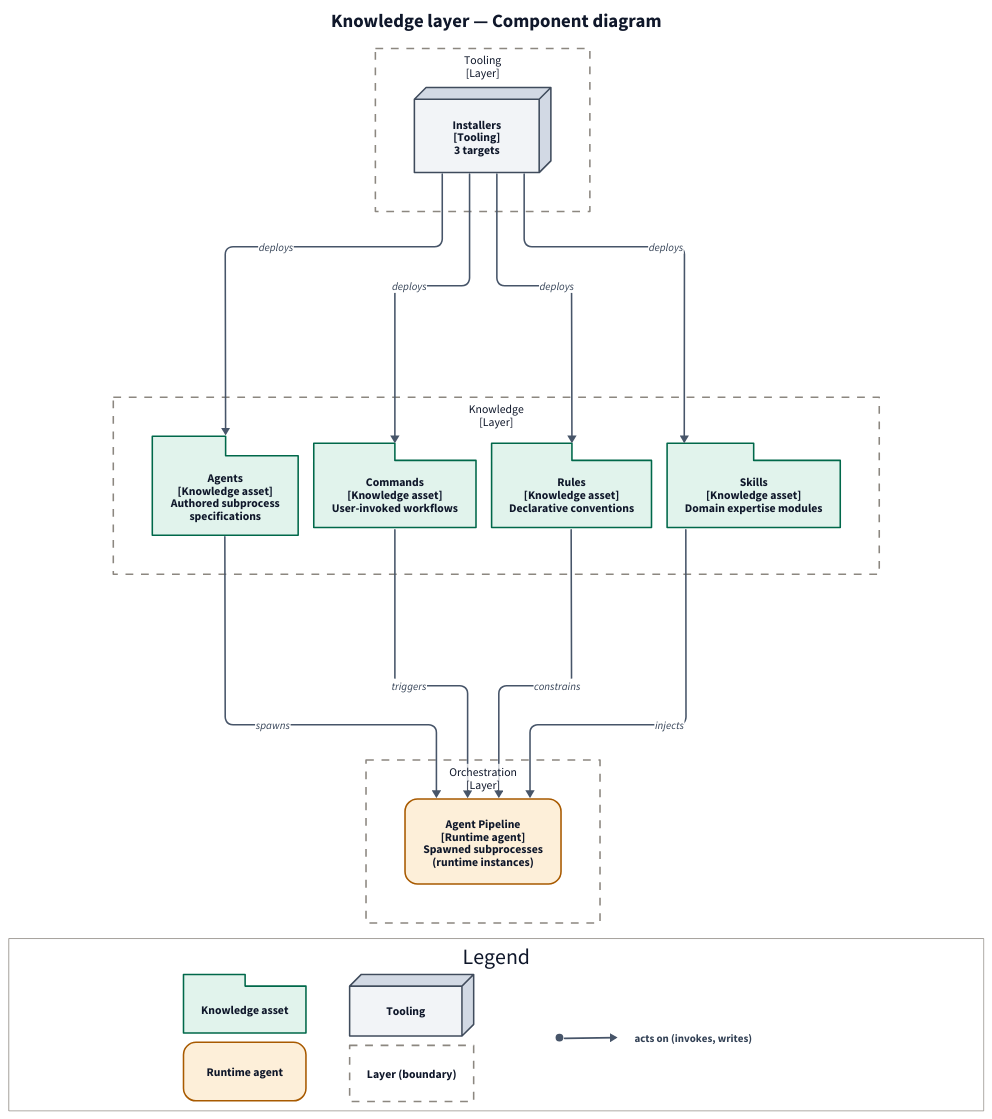
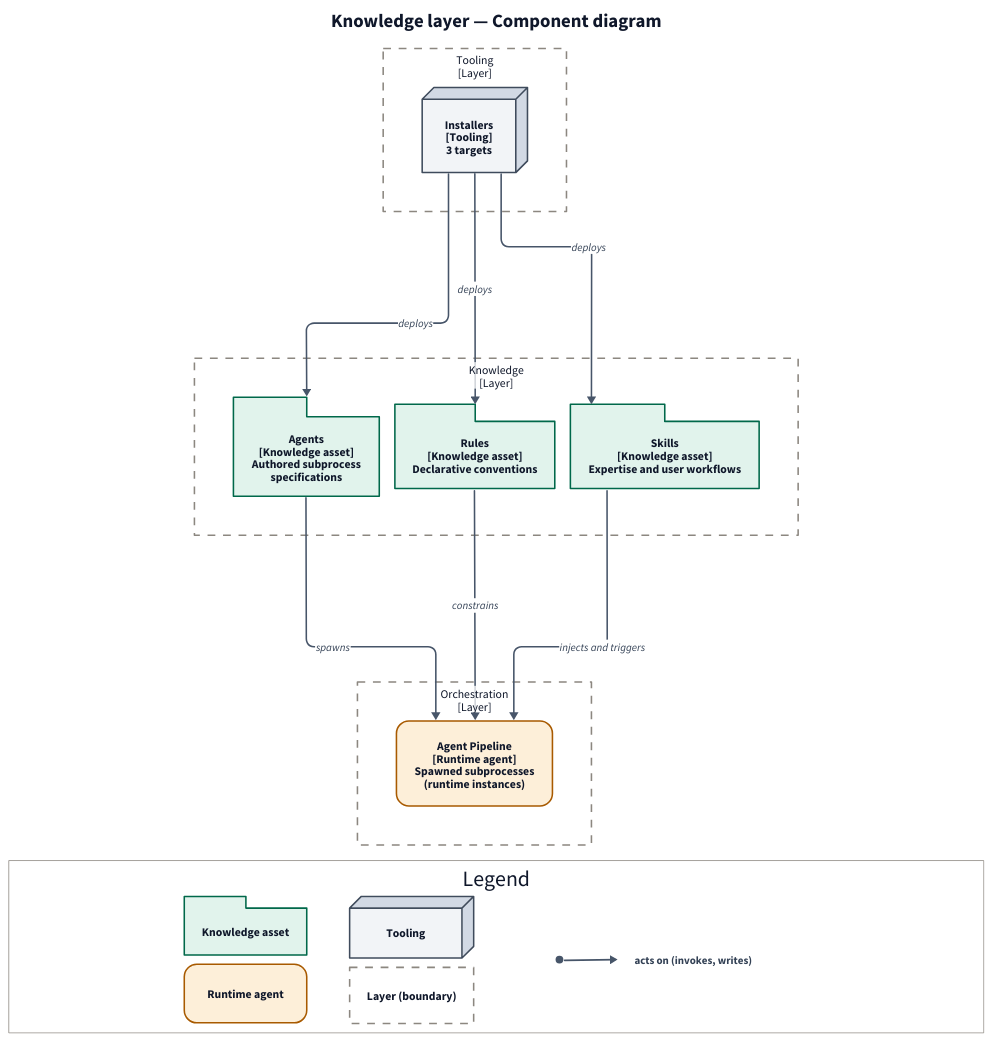
One commit to francisco-perez-sorrosal/praxion changed the diagram in docs/diagrams/architecture/rendered/knowledge_components.d2. Above: the diagram before and after it, drawn with D2. The commit also changed 23 other files, not shown here.

First line of the commit message:
Remove the commands element from the architecture model, the design document and the developer guide

```diff
--- a/docs/diagrams/architecture/rendered/knowledge_components.d2
+++ b/docs/diagrams/architecture/rendered/knowledge_components.d2
@@ -1,180 +1,174 @@
 direction: down
 vars: {
   d2-config: {
     layout-engine: elk
     pad: 40
     theme-overrides: {
       N1: "#0F172A"
       N2: "#334155"
       N7: "#FFFFFF"
     }
   }
 }
 classes: {
   category_knowledge_asset: {
     shape: package
     style: {
       fill: "#E1F3EC"
       stroke: "#00684A"
       stroke-width: 2
       font-color: "#0F172A"
       font-size: 15
     }
   }
   category_runtime_agent: {
     shape: rectangle
     style: {
       fill: "#FDEFD9"
       stroke: "#A85A00"
       stroke-width: 2
       font-color: "#0F172A"
       font-size: 15
       border-radius: 16
     }
   }
   category_tooling: {
     shape: rectangle
     style: {
       fill: "#F2F4F7"
       stroke: "#3F4B5C"
       stroke-width: 2
       font-color: "#0F172A"
       font-size: 15
       3d: true
     }
   }
   category_layer_frame: {
     shape: rectangle
     style: {
       fill: transparent
       stroke: "#8C8780"
       stroke-width: 2
       font-color: "#0F172A"
       font-size: 15
       stroke-dash: 5
     }
   }
   line_acts_on: {
     style: {
       fill: "#FFFFFF"
       stroke: "#475569"
       stroke-width: 2
       font-color: "#334155"
       font-size: 14
     }
   }
 }
 Title: {
   label: "Knowledge layer — Component diagram"
   shape: text
   near: top-center
   style: {
     font-size: 24
     bold: true
     font-color: "#0F172A"
   }
 }
 "el_praxion.knowledge": {
   label: "Knowledge\n[Layer]"
   class: category_layer_frame
   "el_praxion.knowledge.agents": {
     label: "Agents\n[Knowledge asset]\nAuthored subprocess\nspecifications"
     class: category_knowledge_asset
   }
-  "el_praxion.knowledge.commands": {
-    label: "Commands\n[Knowledge asset]\nUser-invoked workflows"
-    class: category_knowledge_asset
-  }
   "el_praxion.knowledge.rules": {
     label: "Rules\n[Knowledge asset]\nDeclarative conventions"
     class: category_knowledge_asset
   }
   "el_praxion.knowledge.skills": {
-    label: "Skills\n[Knowledge asset]\nDomain expertise modules"
+    label: "Skills\n[Knowledge asset]\nExpertise and user workflows"
     class: category_knowledge_asset
   }
 }
 "el_praxion.orchestration": {
   label: "Orchestration\n[Layer]"
   class: category_layer_frame
   "el_praxion.orchestration.pipeline": {
     label: "Agent Pipeline\n[Runtime agent]\nSpawned subprocesses\n(runtime instances)"
     class: category_runtime_agent
   }
 }
 "el_praxion.tooling": {
   label: "Tooling\n[Layer]"
   class: category_layer_frame
   "el_praxion.tooling.installers": {
     label: "Installers\n[Tooling]\n3 targets"
     class: category_tooling
   }
 }
 Legend: {
   label: "Legend"
   near: bottom-center
   grid-columns: 3
   width: 1250
   horizontal-gap: 56
   vertical-gap: 12
   style: {
     fill: "#FFFFFF"
     stroke: "#8C8780"
     stroke-width: 1
     font-color: "#0F172A"
   }
   category_knowledge_asset: {
     label: "Knowledge asset"
     class: category_knowledge_asset
   }
   category_runtime_agent: {
     label: "Runtime agent"
     class: category_runtime_agent
   }
   category_tooling: {
     label: "Tooling"
     class: category_tooling
   }
   category_layer_frame: {
     label: "Layer (boundary)"
     class: category_layer_frame
   }
   line_acts_on_sample: {
     label: ""
     direction: right
     style: {
       fill: transparent
       stroke-width: 0
     }
     tail: {
       label: ""
       shape: circle
       width: 8
       height: 8
       style: {
         fill: "#475569"
         stroke: "#475569"
       }
     }
     caption: {
       label: "acts on (invokes, writes)"
       style: {
         fill: transparent
         stroke-width: 0
         font-size: 14
         font-color: "#334155"
       }
     }
     tail -> caption: {
       class: line_acts_on
     }
   }
 }
 "el_praxion.knowledge"."el_praxion.knowledge.agents" -> "el_praxion.orchestration"."el_praxion.orchestration.pipeline": "spawns" {class: line_acts_on}
-"el_praxion.knowledge"."el_praxion.knowledge.commands" -> "el_praxion.orchestration"."el_praxion.orchestration.pipeline": "triggers" {class: line_acts_on}
 "el_praxion.knowledge"."el_praxion.knowledge.rules" -> "el_praxion.orchestration"."el_praxion.orchestration.pipeline": "constrains" {class: line_acts_on}
-"el_praxion.knowledge"."el_praxion.knowledge.skills" -> "el_praxion.orchestration"."el_praxion.orchestration.pipeline": "injects" {class: line_acts_on}
+"el_praxion.knowledge"."el_praxion.knowledge.skills" -> "el_praxion.orchestration"."el_praxion.orchestration.pipeline": "injects and triggers" {class: line_acts_on}
 "el_praxion.tooling"."el_praxion.tooling.installers" -> "el_praxion.knowledge"."el_praxion.knowledge.agents": "deploys" {class: line_acts_on}
-"el_praxion.tooling"."el_praxion.tooling.installers" -> "el_praxion.knowledge"."el_praxion.knowledge.commands": "deploys" {class: line_acts_on}
 "el_praxion.tooling"."el_praxion.tooling.installers" -> "el_praxion.knowledge"."el_praxion.knowledge.rules": "deploys" {class: line_acts_on}
 "el_praxion.tooling"."el_praxion.tooling.installers" -> "el_praxion.knowledge"."el_praxion.knowledge.skills": "deploys" {class: line_acts_on}
```
